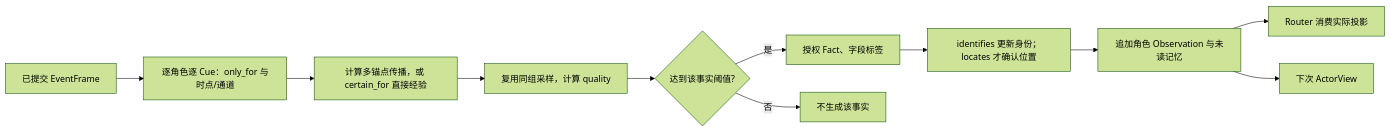
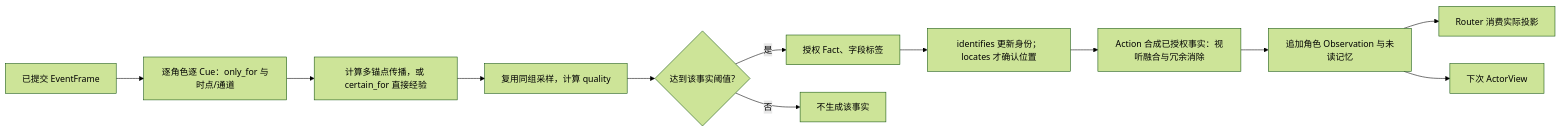
One commit to Sherlock142857/Token-Odyssey changed the third of 4 diagrams in docs/kernel-algorithm.md. Above: the diagram before and after it, drawn with Mermaid (forest theme). The commit also changed other lines of this file and 31 other files, not shown here.

````diff
--- a/docs/kernel-algorithm.md
+++ b/docs/kernel-algorithm.md
@@ -130,13 +131,14 @@
 ```mermaid
 flowchart LR
     Frames[已提交 EventFrame] --> Filter[逐角色逐 Cue：only_for 与时点/通道]
     Filter --> Evidence[计算多锚点传播，或 certain_for 直接经验]
     Evidence --> Sample[复用同组采样，计算 quality]
     Sample --> Gate{达到该事实阈值?}
     Gate -->|是| Fact[授权 Fact、字段标签]
     Fact --> Identity[identifies 更新身份；locates 才确认位置]
-    Identity --> Memory[追加角色 Observation 与未读记忆]
+    Identity --> Compose[Action 合成已授权事实：视听融合与冗余消除]
+    Compose --> Memory[追加角色 Observation 与未读记忆]
     Gate -->|否| Nothing[不生成该事实]
     Memory --> Router[Router 消费实际投影]
     Memory --> View[下次 ActorView]
 ```
````
